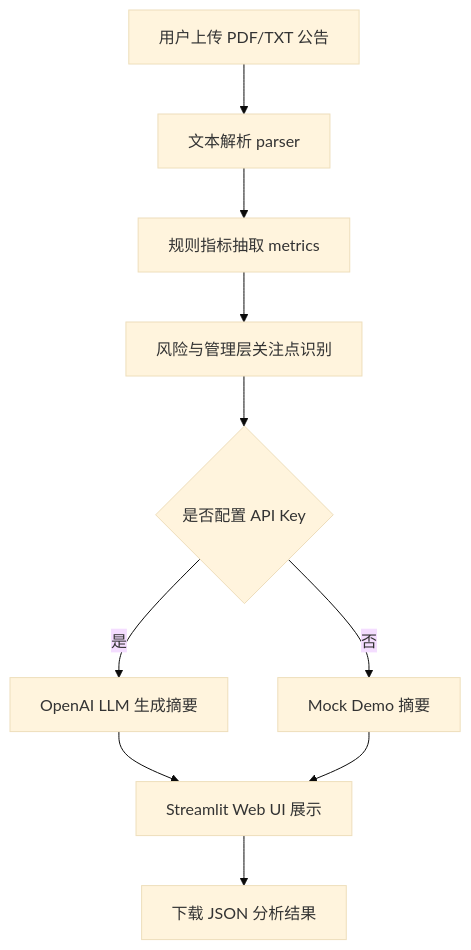
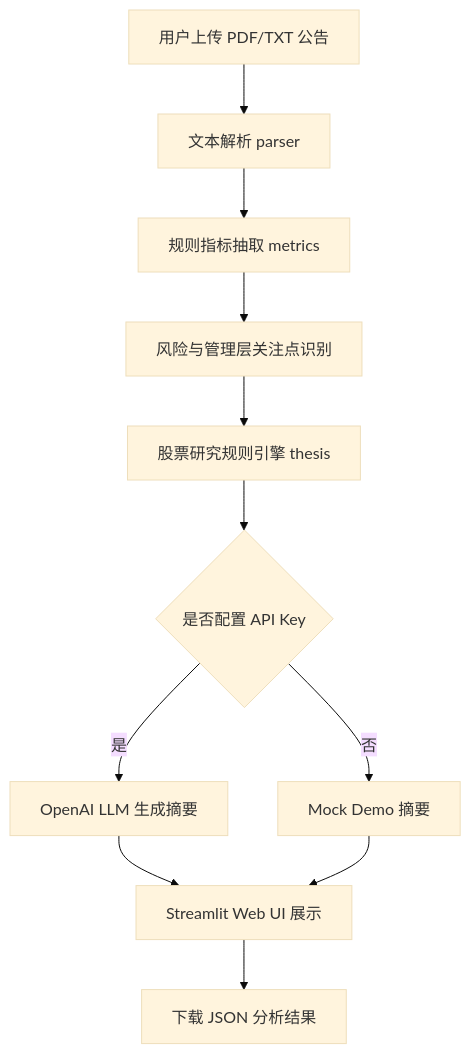
One commit to Carlos-723/EarningsLens changed the diagram in README.md. Above: the diagram before and after it, drawn with Mermaid (base theme). The commit also changed other lines of this file and 8 other files, not shown here.

````diff
--- a/README.md
+++ b/README.md
@@ -32,12 +33,13 @@
 ```mermaid
 flowchart TD
     A[用户上传 PDF/TXT 公告] --> B[文本解析 parser]
     B --> C[规则指标抽取 metrics]
     C --> D[风险与管理层关注点识别]
-    D --> E{是否配置 API Key}
-    E -->|是| F[OpenAI LLM 生成摘要]
-    E -->|否| G[Mock Demo 摘要]
-    F --> H[Streamlit Web UI 展示]
-    G --> H
-    H --> I[下载 JSON 分析结果]
+    D --> E[股票研究规则引擎 thesis]
+    E --> F{是否配置 API Key}
+    F -->|是| G[OpenAI LLM 生成摘要]
+    F -->|否| H[Mock Demo 摘要]
+    G --> I[Streamlit Web UI 展示]
+    H --> I
+    I --> J[下载 JSON 分析结果]
 ```
````
